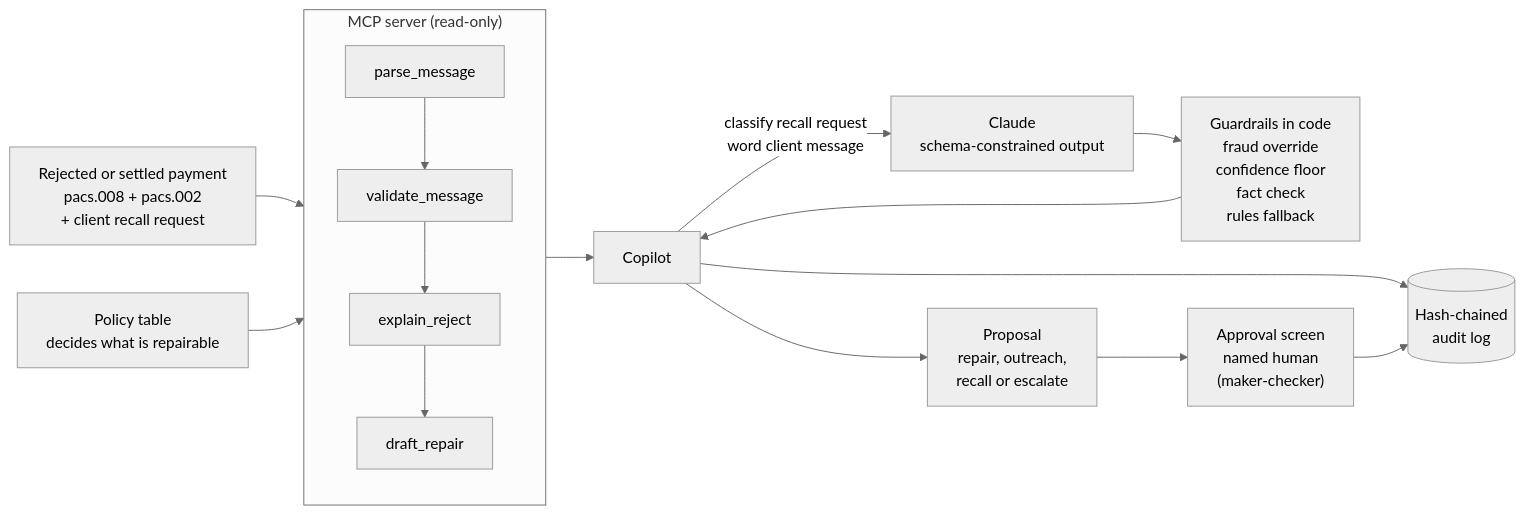
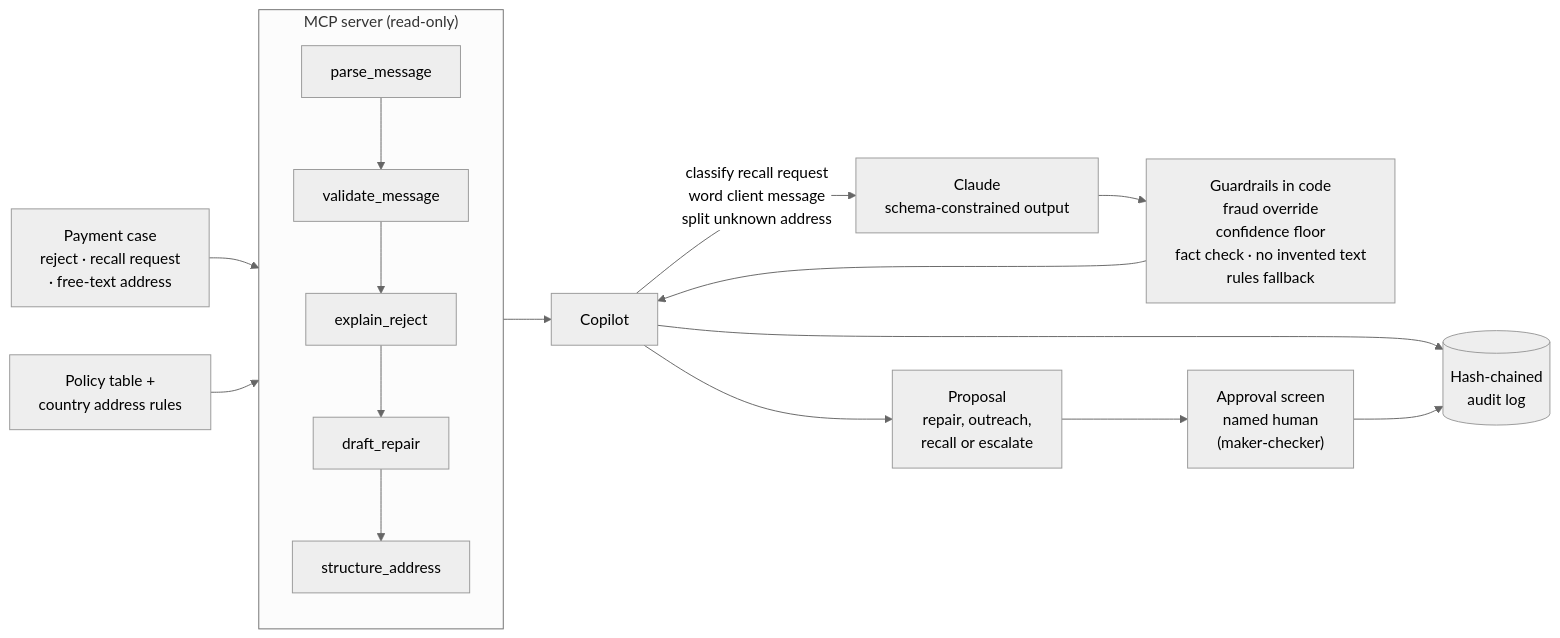
Before and after one commit to georgie-613/iso20022-exception-copilot: the diagram in docs/architecture.mmd, drawn with Mermaid (neutral theme). The commit also changed 20 other files, not shown here.

First line of the commit message:
Lane C: free-text creditor addresses to CBPR+ structured or hybrid

```diff
--- a/docs/architecture.mmd
+++ b/docs/architecture.mmd
@@ -1,15 +1,15 @@
 flowchart LR
-    case["Rejected or settled payment<br/>pacs.008 + pacs.002<br/>+ client recall request"] --> mcp
+    case["Payment case<br/>reject · recall request<br/>· free-text address"] --> mcp
     subgraph mcp["MCP server (read-only)"]
         direction TB
-        t1["parse_message"] --> t2["validate_message"] --> t3["explain_reject"] --> t4["draft_repair"]
+        t1["parse_message"] --> t2["validate_message"] --> t3["explain_reject"] --> t4["draft_repair"] --> t5["structure_address"]
     end
-    policy["Policy table<br/>decides what is repairable"] --> mcp
+    policy["Policy table +<br/>country address rules"] --> mcp
     mcp --> copilot["Copilot"]
-    copilot -- "classify recall request<br/>word client message" --> claude["Claude<br/>schema-constrained output"]
-    claude --> guard["Guardrails in code<br/>fraud override<br/>confidence floor<br/>fact check<br/>rules fallback"]
+    copilot -- "classify recall request<br/>word client message<br/>split unknown address" --> claude["Claude<br/>schema-constrained output"]
+    claude --> guard["Guardrails in code<br/>fraud override<br/>confidence floor<br/>fact check · no invented text<br/>rules fallback"]
     guard --> copilot
     copilot --> proposal["Proposal<br/>repair, outreach,<br/>recall or escalate"]
     proposal --> human["Approval screen<br/>named human<br/>(maker-checker)"]
     copilot --> audit[("Hash-chained<br/>audit log")]
     human --> audit
```
